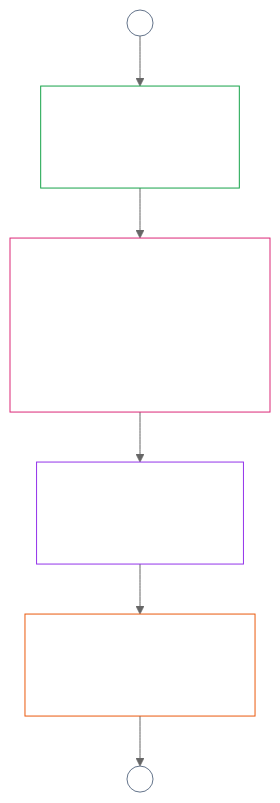
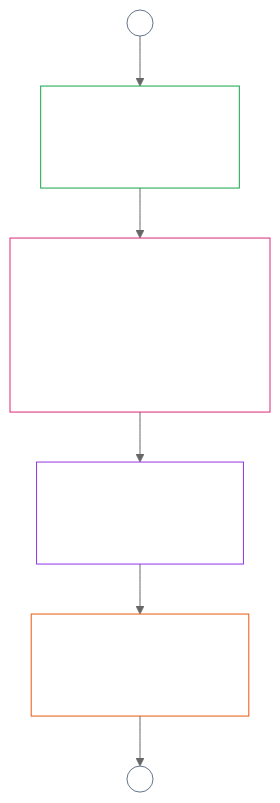
Before and after one commit to kfoelsch/Sentient_Constitution: the diagram in implementation/PROCESS_PIPELINES_READER.md, drawn with Mermaid (neutral theme). The commit also changed other lines of this file and 638 other files, not shown here.

First line of the commit message:
Core reorganization: Constitutional Map and Independent Bodies chapters, Chapter Three subcore, section 2 everywhere, renumbering to thirty chapters (move 823)

````diff
--- a/implementation/PROCESS_PIPELINES_READER.md
+++ b/implementation/PROCESS_PIPELINES_READER.md
@@ -22,14 +22,14 @@
 ```mermaid
 flowchart TB
-  C[Certify the system<br/><br/>Chapter Nine] --> S[Measure help and harm<br/><br/>two tracks, never one net score<br/>Chapters Fifteen and Sixteen]
+  C[Certify the system<br/><br/>Chapter Eight] --> S[Measure help and harm<br/><br/>two tracks, never one net score<br/>Chapters Fourteen and Fifteen]
   A0((A)) --> C
-  S --> E[Effects and remedy<br/><br/>Chapter Seventeen]
-  E --> F[Forum families<br/><br/>Chapter Twenty-Three]
+  S --> E[Effects and remedy<br/><br/>Chapter Sixteen]
+  E --> F[Forum families<br/><br/>Chapter Twenty-Two]
   F --> A1((A))
   style C fill:none,stroke:#16a34a,color:#ffffff
   style S fill:none,stroke:#db2777,color:#ffffff
   style E fill:none,stroke:#9333ea,color:#ffffff
   style F fill:none,stroke:#ea580c,color:#ffffff
   style A0 fill:none,stroke:#64748b,color:#ffffff
   style A1 fill:none,stroke:#64748b,color:#ffffff
 ```
````
